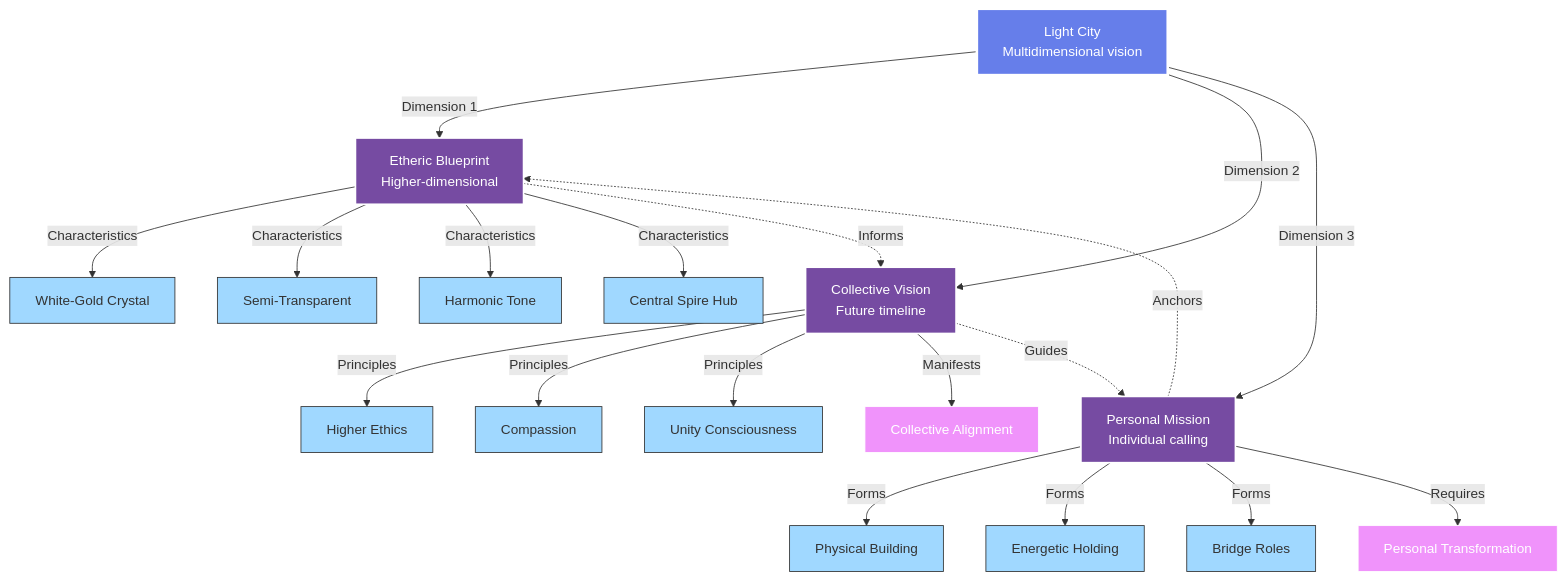
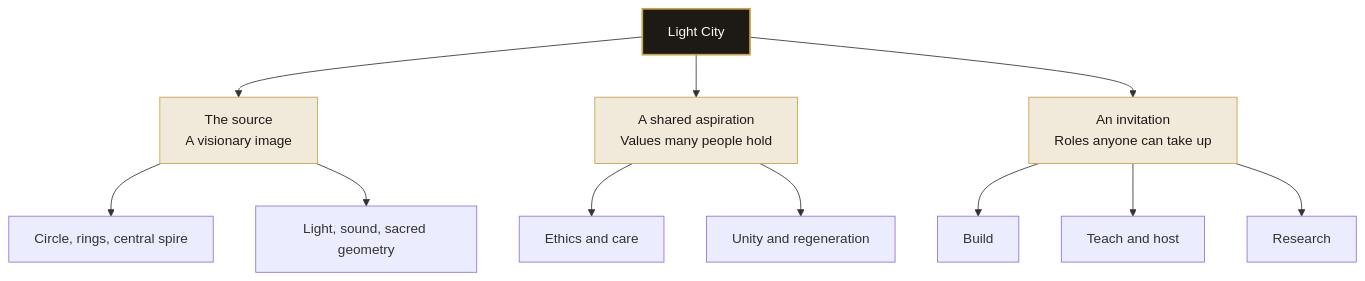
The diagram in website/docs/concepts/core-concepts.md (szemkoff/light-city-project), drawn with Mermaid before and after one commit. The commit also changed other lines of this file and 25 other files, not shown here.

````diff
--- a/website/docs/concepts/core-concepts.md
+++ b/website/docs/concepts/core-concepts.md
@@ -35,44 +33,18 @@
 ```mermaid
 graph TB
-    LC["Light City<br/>Multidimensional vision"]
-    
-    LC -->|Dimension 1| EB["Etheric Blueprint<br/>Higher-dimensional"]
-    LC -->|Dimension 2| CV["Collective Vision<br/>Future timeline"]
-    LC -->|Dimension 3| PM["Personal Mission<br/>Individual calling"]
-    
-    EB -->|Characteristics| EBC1["White-Gold Crystal"]
-    EB -->|Characteristics| EBC2["Semi-Transparent"]
-    EB -->|Characteristics| EBC3["Harmonic Tone"]
-    EB -->|Characteristics| EBC4["Central Spire Hub"]
-    
-    CV -->|Principles| CVP1["Higher Ethics"]
-    CV -->|Principles| CVP2["Compassion"]
-    CV -->|Principles| CVP3["Unity Consciousness"]
-    CV -->|Manifests| CVM["Collective Alignment"]
-    
-    PM -->|Forms| PMF1["Physical Building"]
-    PM -->|Forms| PMF2["Energetic Holding"]
-    PM -->|Forms| PMF3["Bridge Roles"]
-    PM -->|Requires| PMR["Personal Transformation"]
-    
-    EB -.->|Informs| CV
-    CV -.->|Guides| PM
-    PM -.->|Anchors| EB
-    
-    style LC fill:#667eea,stroke:#fff,color:#fff,stroke-width:3px
-    style EB fill:#764ba2,stroke:#fff,color:#fff,stroke-width:2px
-    style CV fill:#764ba2,stroke:#fff,color:#fff,stroke-width:2px
-    style PM fill:#764ba2,stroke:#fff,color:#fff,stroke-width:2px
-    style CVM fill:#f093fb,stroke:#fff,color:#fff
-    style PMR fill:#f093fb,stroke:#fff,color:#fff
-    style EBC1 fill:#a0d8ff,stroke:#333
-    style EBC2 fill:#a0d8ff,stroke:#333
-    style EBC3 fill:#a0d8ff,stroke:#333
-    style EBC4 fill:#a0d8ff,stroke:#333
-    style CVP1 fill:#a0d8ff,stroke:#333
-    style CVP2 fill:#a0d8ff,stroke:#333
-    style CVP3 fill:#a0d8ff,stroke:#333
-    style PMF1 fill:#a0d8ff,stroke:#333
-    style PMF2 fill:#a0d8ff,stroke:#333
-    style PMF3 fill:#a0d8ff,stroke:#333
+    LC["Light City"]
+    LC --> SRC["The source<br/>A visionary image"]
+    LC --> ASP["A shared aspiration<br/>Values many people hold"]
+    LC --> INV["An invitation<br/>Roles anyone can take up"]
+    SRC --> SRC1["Circle, rings, central spire"]
+    SRC --> SRC2["Light, sound, sacred geometry"]
+    ASP --> ASP1["Ethics and care"]
+    ASP --> ASP2["Unity and regeneration"]
+    INV --> INV1["Build"]
+    INV --> INV2["Teach and host"]
+    INV --> INV3["Research"]
+    style LC fill:#1D1A15,stroke:#C9A24A,color:#FBF8F2,stroke-width:2px
+    style SRC fill:#F1EADB,stroke:#C9A24A,color:#1D1A15
+    style ASP fill:#F1EADB,stroke:#C9A24A,color:#1D1A15
+    style INV fill:#F1EADB,stroke:#C9A24A,color:#1D1A15
 ```
````
